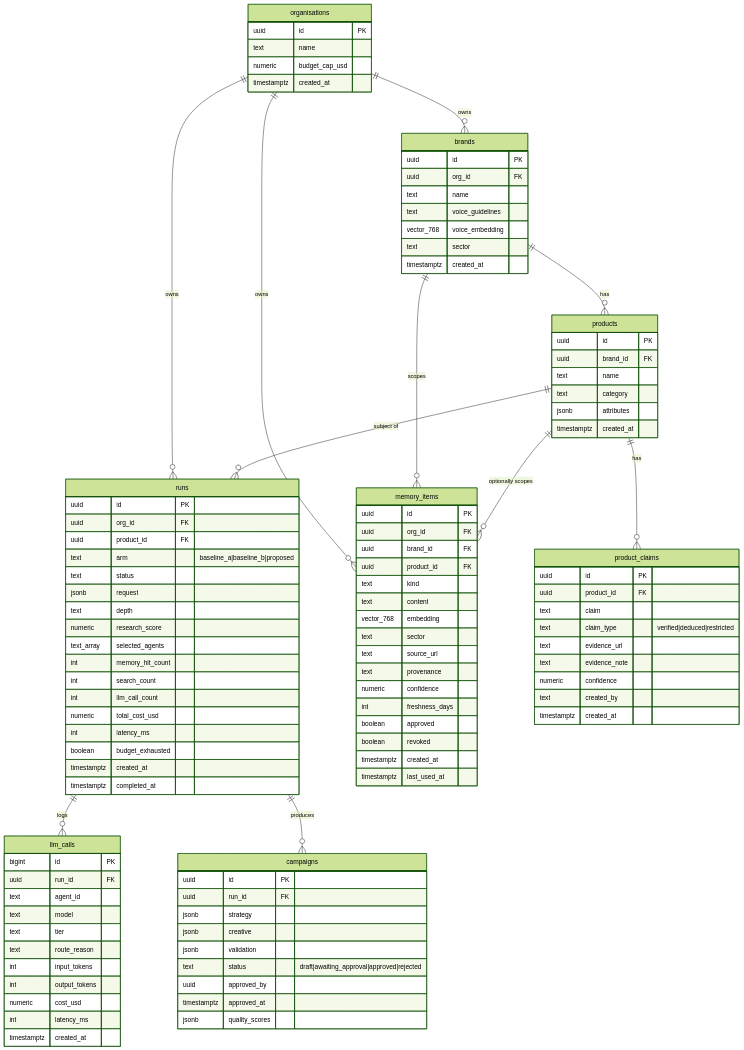
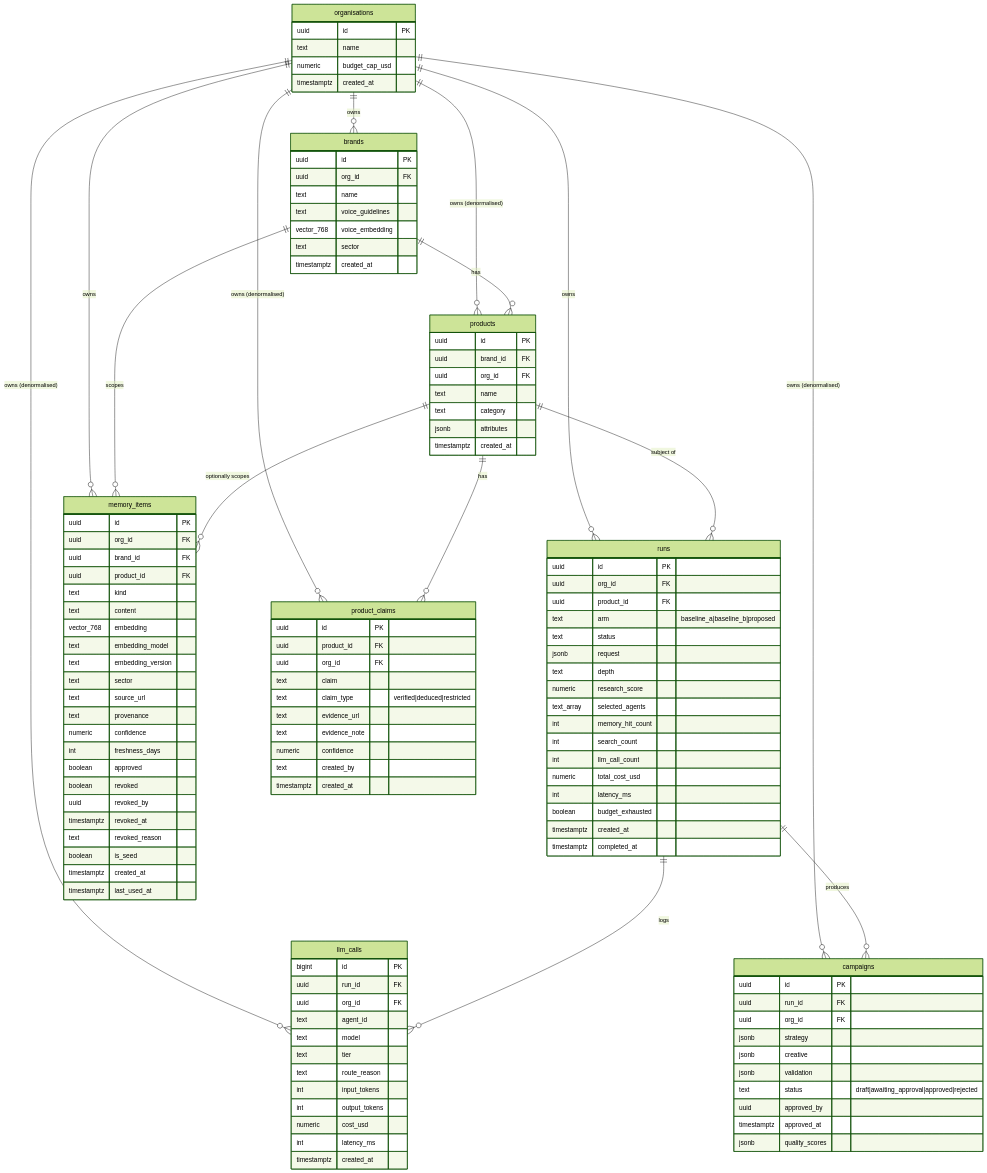
The diagram in docs/erd.md (Datta23-s/brandverse-ai), drawn with Mermaid (forest theme) before and after one commit. The commit also changed other lines of this file, not shown here.

First line of the commit message:
docs(phase-0): accept ERD changes E1, E2, E4, E6

```diff
--- a/docs/erd.md
+++ b/docs/erd.md
@@ -16,6 +16,10 @@
   organisations ||--o{ brands : owns
   organisations ||--o{ runs : owns
   organisations ||--o{ memory_items : owns
+  organisations ||--o{ products : "owns (denormalised)"
+  organisations ||--o{ product_claims : "owns (denormalised)"
+  organisations ||--o{ llm_calls : "owns (denormalised)"
+  organisations ||--o{ campaigns : "owns (denormalised)"
   brands ||--o{ products : has
   brands ||--o{ memory_items : scopes
   products ||--o{ product_claims : has
@@ -42,6 +46,7 @@
   products {
     uuid id PK
     uuid brand_id FK
+    uuid org_id FK
     text name
     text category
     jsonb attributes
@@ -50,6 +55,7 @@
   product_claims {
     uuid id PK
     uuid product_id FK
+    uuid org_id FK
     text claim
     text claim_type "verified|deduced|restricted"
     text evidence_url
@@ -80,6 +86,7 @@
   llm_calls {
     bigint id PK
     uuid run_id FK
+    uuid org_id FK
     text agent_id
     text model
     text tier
@@ -98,6 +105,8 @@
     text kind
     text content
     vector_768 embedding
+    text embedding_model
+    text embedding_version
     text sector
     text source_url
     text provenance
@@ -105,12 +114,17 @@
     int freshness_days
     boolean approved
     boolean revoked
+    uuid revoked_by
+    timestamptz revoked_at
+    text revoked_reason
+    boolean is_seed
     timestamptz created_at
     timestamptz last_used_at
   }
   campaigns {
     uuid id PK
     uuid run_id FK
+    uuid org_id FK
     jsonb strategy
     jsonb creative
     jsonb validation
```
